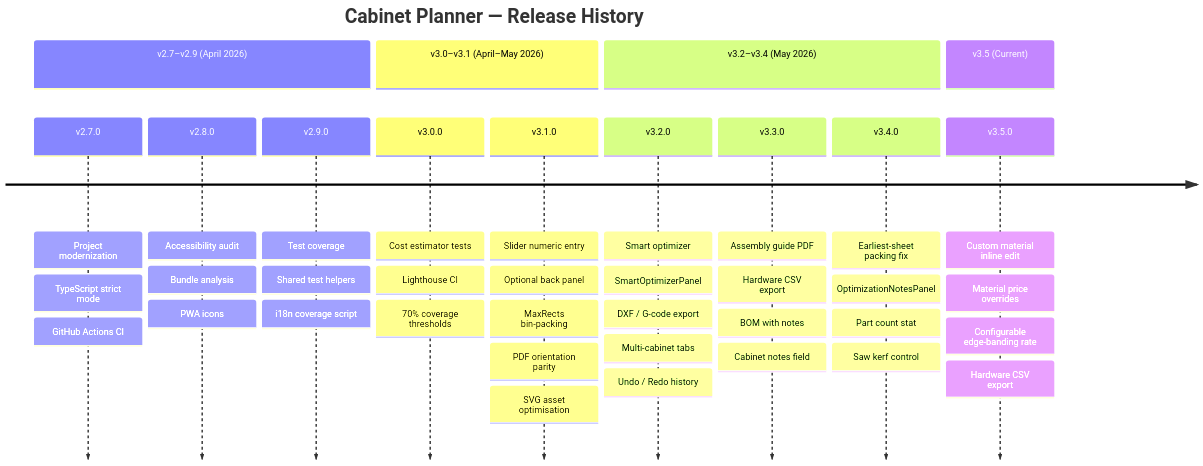
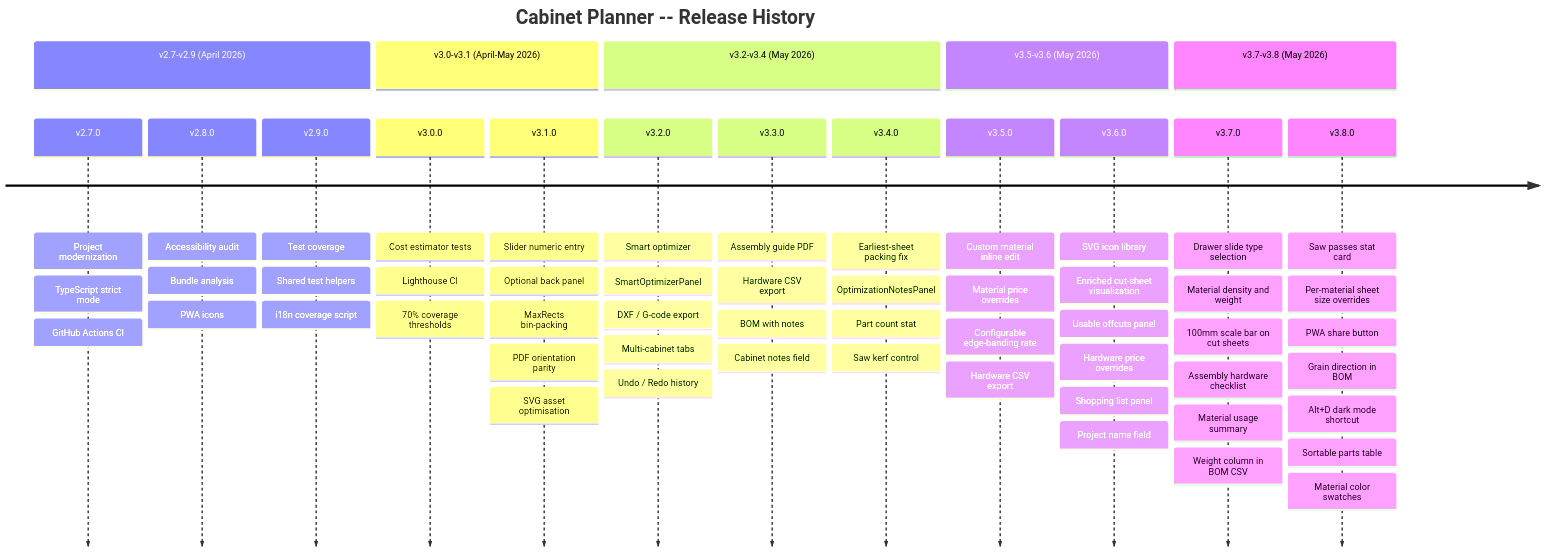
The diagram in ROADMAP.md (RajwanYair/WoodworkingShop), drawn with Mermaid before and after one commit. The commit also changed 5 other files, not shown here.

Commit message:
chore(sprint-173): CHANGELOG v3.8.0, version bump, enhanced Mermaid diagrams, banner v3.8.0

````diff
--- a/ROADMAP.md
+++ b/ROADMAP.md
@@ -5,42 +5,62 @@
 ```mermaid
 timeline
-    title Cabinet Planner — Release History
-    section v2.7–v2.9 (April 2026)
+    title Cabinet Planner -- Release History
+    section v2.7-v2.9 (April 2026)
         v2.7.0 : Project modernization
                : TypeScript strict mode
                : GitHub Actions CI
         v2.8.0 : Accessibility audit
                : Bundle analysis
                : PWA icons
         v2.9.0 : Test coverage
                : Shared test helpers
                : i18n coverage script
-    section v3.0–v3.1 (April–May 2026)
+    section v3.0-v3.1 (April-May 2026)
         v3.0.0 : Cost estimator tests
                : Lighthouse CI
                : 70% coverage thresholds
         v3.1.0 : Slider numeric entry
                : Optional back panel
                : MaxRects bin-packing
                : PDF orientation parity
                : SVG asset optimisation
-    section v3.2–v3.4 (May 2026)
+    section v3.2-v3.4 (May 2026)
         v3.2.0 : Smart optimizer
                : SmartOptimizerPanel
                : DXF / G-code export
                : Multi-cabinet tabs
                : Undo / Redo history
         v3.3.0 : Assembly guide PDF
                : Hardware CSV export
                : BOM with notes
                : Cabinet notes field
         v3.4.0 : Earliest-sheet packing fix
                : OptimizationNotesPanel
                : Part count stat
                : Saw kerf control
-    section v3.5 (Current)
+    section v3.5-v3.6 (May 2026)
         v3.5.0 : Custom material inline edit
                : Material price overrides
                : Configurable edge-banding rate
                : Hardware CSV export
+        v3.6.0 : SVG icon library
+               : Enriched cut-sheet visualization
+               : Usable offcuts panel
+               : Hardware price overrides
+               : Shopping list panel
+               : Project name field
+    section v3.7-v3.8 (May 2026)
+        v3.7.0 : Drawer slide type selection
+               : Material density and weight
+               : 100mm scale bar on cut sheets
+               : Assembly hardware checklist
+               : Material usage summary
+               : Weight column in BOM CSV
+        v3.8.0 : Saw passes stat card
+               : Per-material sheet size overrides
+               : PWA share button
+               : Grain direction in BOM
+               : Alt+D dark mode shortcut
+               : Sortable parts table
+               : Material color swatches
 ```
````
